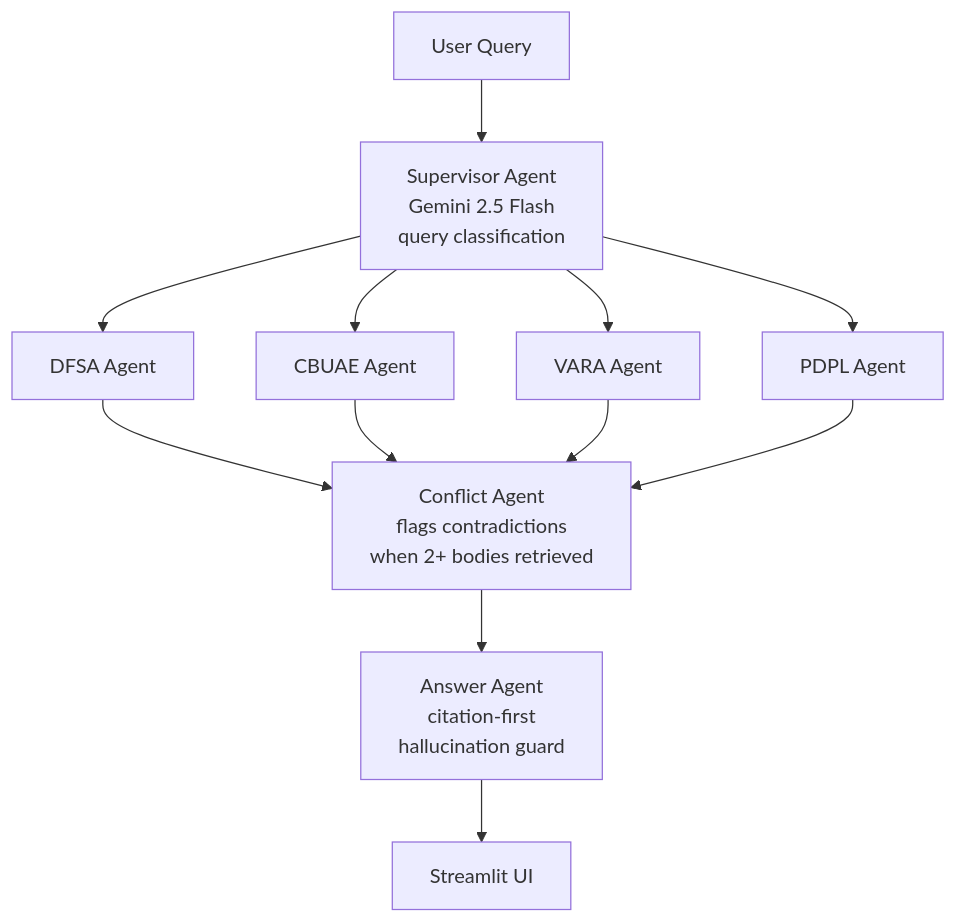
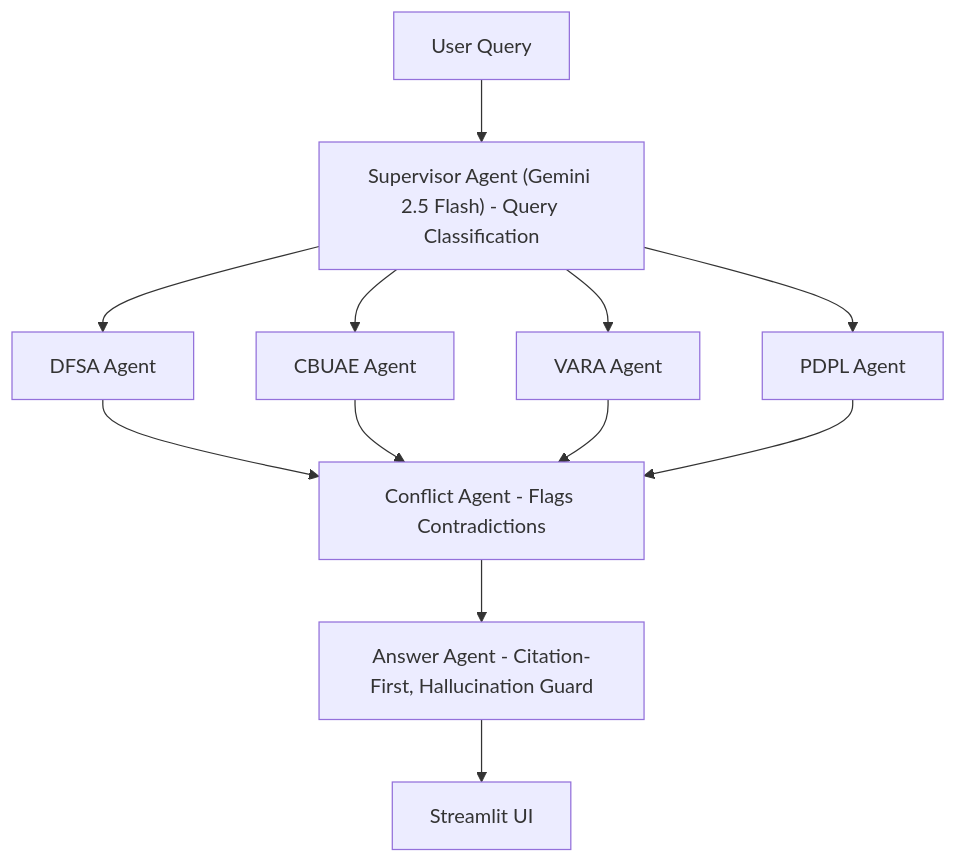
Before and after one commit to ShushilGope/regradar-uae: the diagram in README.md, drawn with Mermaid. The commit also changed other lines of this file, not shown here.

Commit message:
Fix Mermaid syntax for GitHub rendering

````diff
--- a/README.md
+++ b/README.md
@@ -14,14 +16,14 @@
 ```mermaid
 flowchart TD
-    A[User Query] --> B[Supervisor Agent<br/>Gemini 2.5 Flash<br/>query classification]
-    B --> C1[DFSA Agent]
-    B --> C2[CBUAE Agent]
-    B --> C3[VARA Agent]
-    B --> C4[PDPL Agent]
-    C1 --> D[Conflict Agent<br/>flags contradictions<br/>when 2+ bodies retrieved]
+    A["User Query"] --> B["Supervisor Agent (Gemini 2.5 Flash) - Query Classification"]
+    B --> C1["DFSA Agent"]
+    B --> C2["CBUAE Agent"]
+    B --> C3["VARA Agent"]
+    B --> C4["PDPL Agent"]
+    C1 --> D["Conflict Agent - Flags Contradictions"]
     C2 --> D
     C3 --> D
     C4 --> D
-    D --> E[Answer Agent<br/>citation-first<br/>hallucination guard]
-    E --> F[Streamlit UI]
+    D --> E["Answer Agent - Citation-First, Hallucination Guard"]
+    E --> F["Streamlit UI"]
 ```
````
